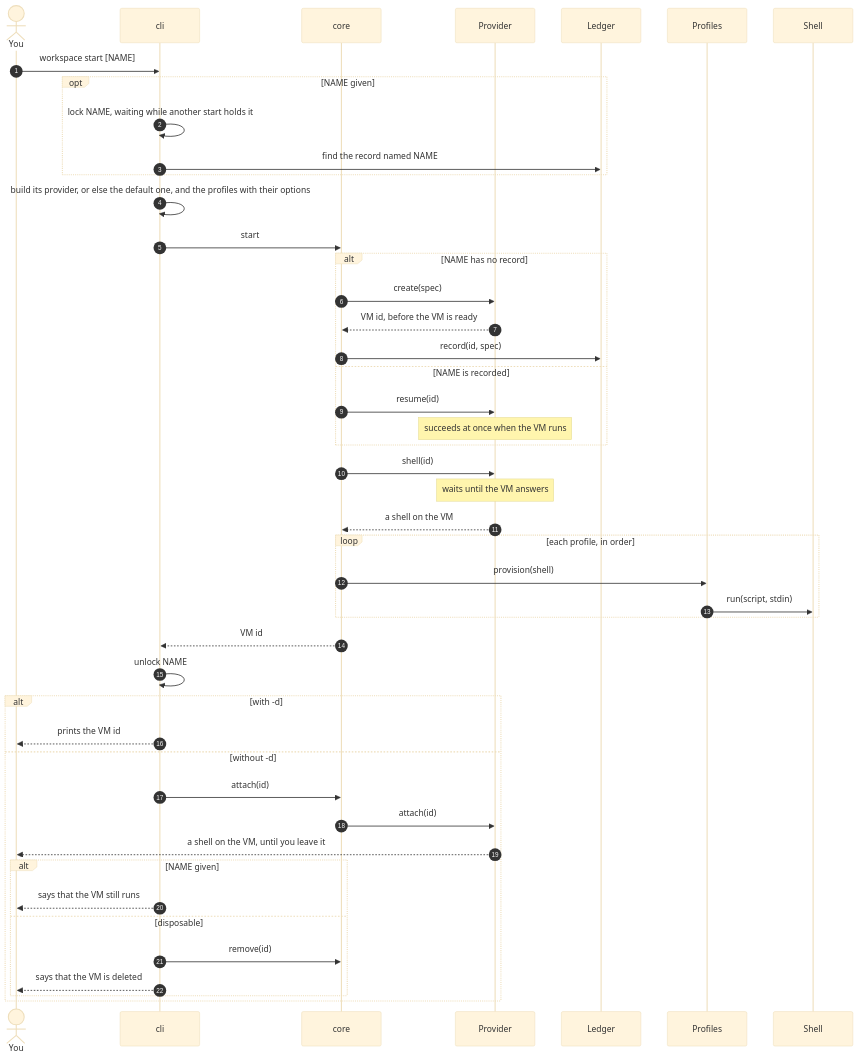
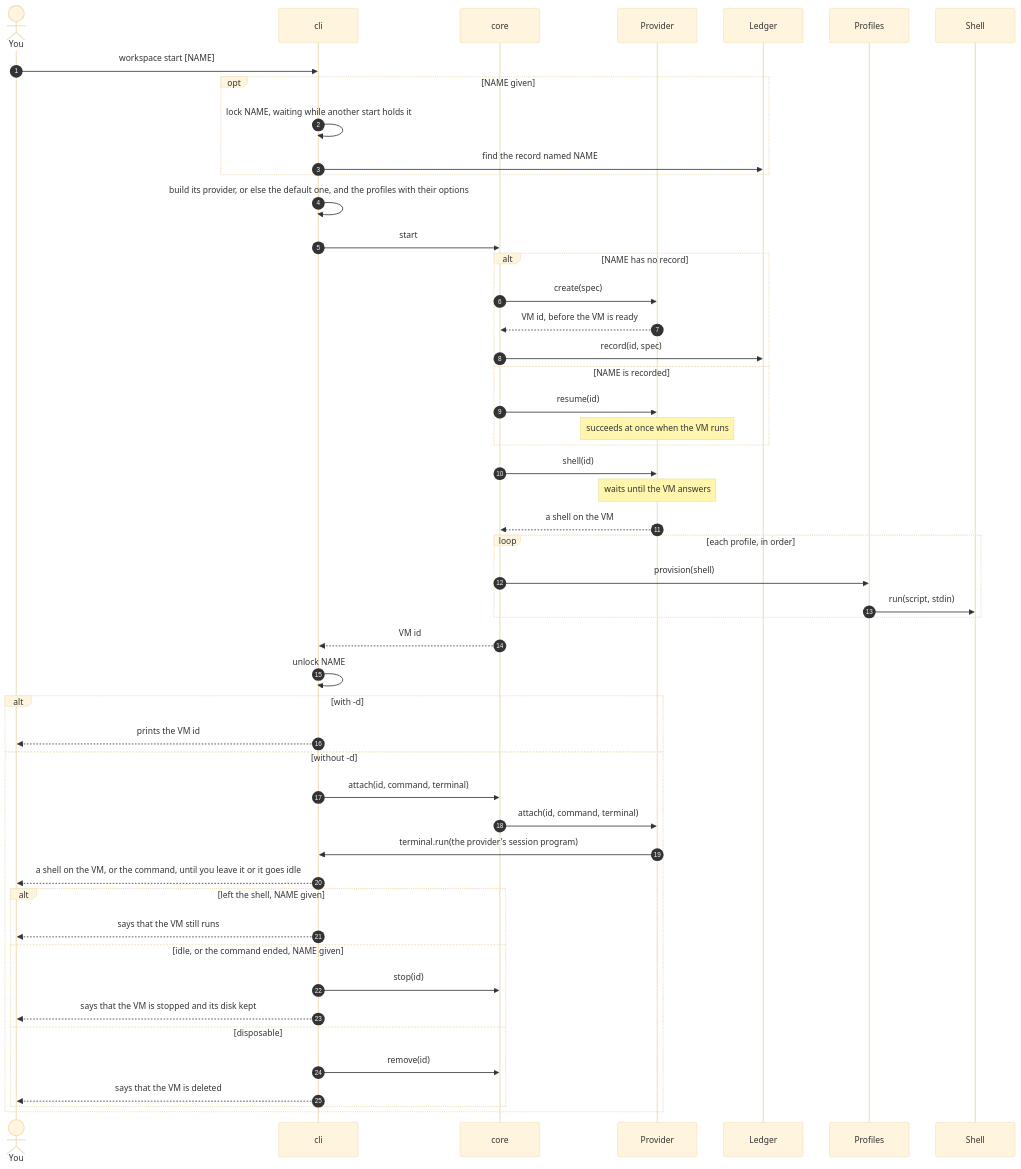
Before and after one commit to NextNodeSolutions/workspace: the third of 7 diagrams in docs/architecture.md, drawn with Mermaid (base theme). The commit also changed other lines of this file and 24 other files, not shown here.

First line of the commit message:
feat(cli): end an idle session and put its VM away, and run a command in place of a shell

````diff
--- a/docs/architecture.md
+++ b/docs/architecture.md
@@ -63,48 +64,52 @@
 ```mermaid
 sequenceDiagram
     autonumber
     actor You
     participant CLI as cli
     participant Core as core
     participant P as Provider
     participant L as Ledger
     participant Pr as Profiles
     participant S as Shell
     You->>CLI: workspace start [NAME]
     opt NAME given
         CLI->>CLI: lock NAME, waiting while another start holds it
         CLI->>L: find the record named NAME
     end
     CLI->>CLI: build its provider, or else the default one, and the profiles with their options
     CLI->>Core: start
     alt NAME has no record
         Core->>P: create(spec)
         P-->>Core: VM id, before the VM is ready
         Core->>L: record(id, spec)
     else NAME is recorded
         Core->>P: resume(id)
         Note over P: succeeds at once when the VM runs
     end
     Core->>P: shell(id)
     Note over P: waits until the VM answers
     P-->>Core: a shell on the VM
     loop each profile, in order
         Core->>Pr: provision(shell)
         Pr->>S: run(script, stdin)
     end
     Core-->>CLI: VM id
     CLI->>CLI: unlock NAME
     alt with -d
         CLI-->>You: prints the VM id
     else without -d
-        CLI->>Core: attach(id)
-        Core->>P: attach(id)
-        P-->>You: a shell on the VM, until you leave it
-        alt NAME given
+        CLI->>Core: attach(id, command, terminal)
+        Core->>P: attach(id, command, terminal)
+        P->>CLI: terminal.run(the provider's session program)
+        CLI-->>You: a shell on the VM, or the command, until you leave it or it goes idle
+        alt left the shell, NAME given
             CLI-->>You: says that the VM still runs
+        else idle, or the command ended, NAME given
+            CLI->>Core: stop(id)
+            CLI-->>You: says that the VM is stopped and its disk kept
         else disposable
             CLI->>Core: remove(id)
             CLI-->>You: says that the VM is deleted
         end
     end
 ```
````
